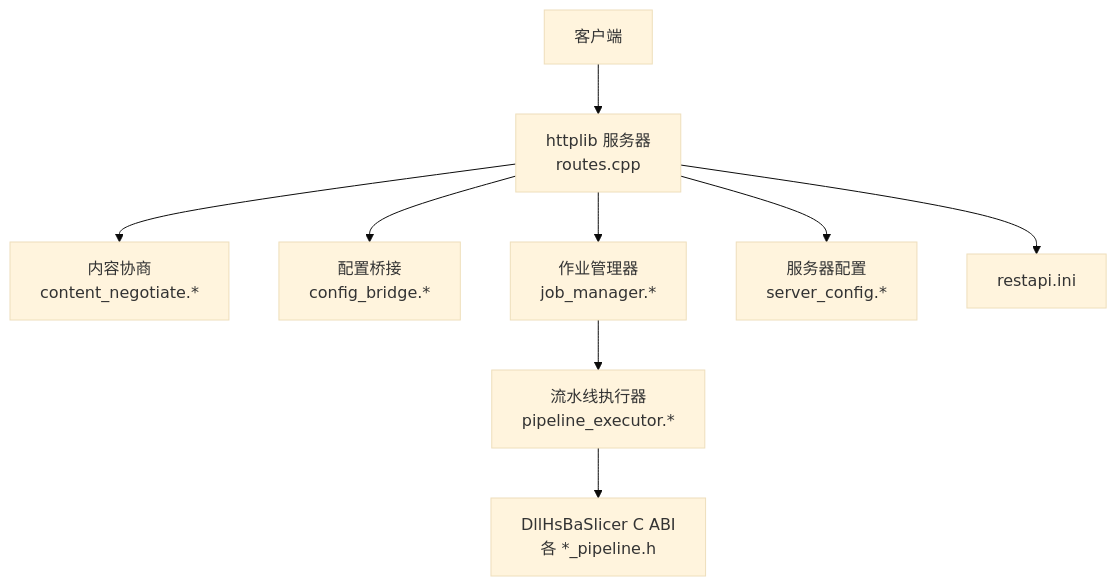
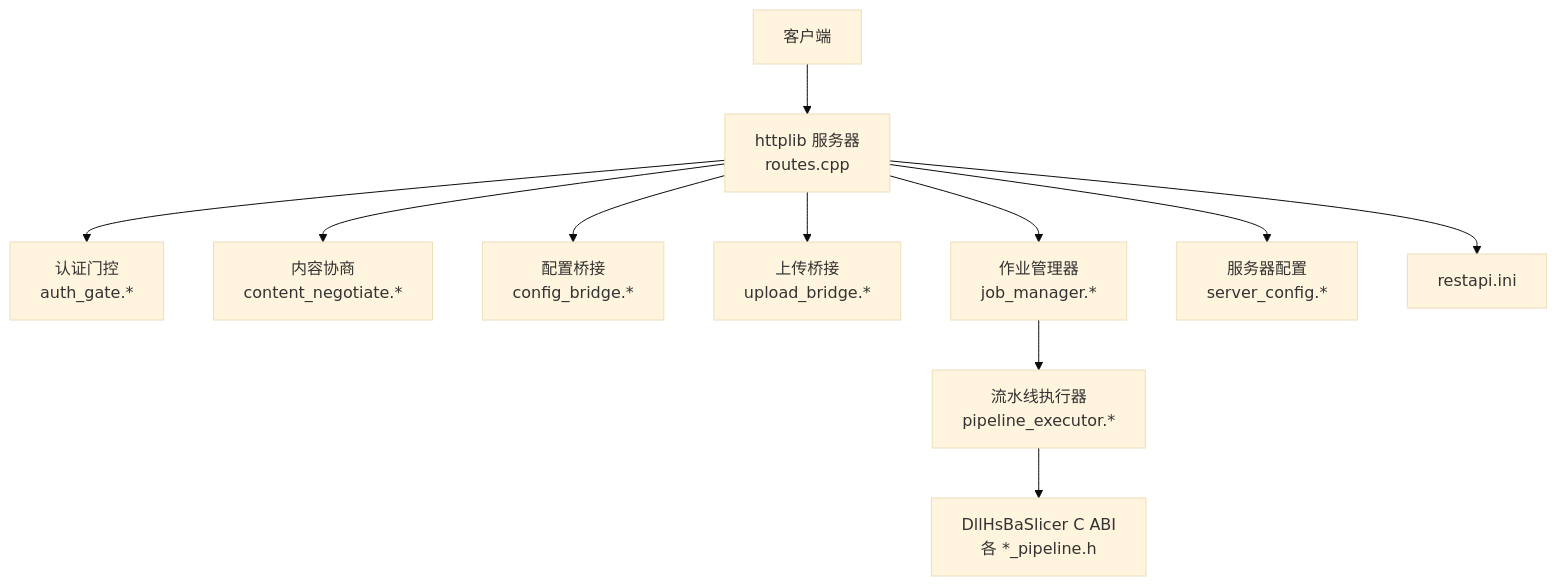
The second of 16 diagrams in .qoder/repowiki/zh/content/高级主题/REST API 服务进程.md (hsmbanlance/HsBaSlicer), drawn with Mermaid (base theme) before and after one commit. The commit also changed other lines of this file and 101 other files, not shown here.

````diff
--- a/.qoder/repowiki/zh/content/高级主题/REST API 服务进程.md
+++ b/.qoder/repowiki/zh/content/高级主题/REST API 服务进程.md
@@ -84,11 +95,13 @@
 ```mermaid
 graph TB
 Client["客户端"] --> Http["httplib 服务器<br/>routes.cpp"]
+Http --> AuthGate["认证门控<br/>auth_gate.*"]
 Http --> Negotiate["内容协商<br/>content_negotiate.*"]
 Http --> ConfigBridge["配置桥接<br/>config_bridge.*"]
+Http --> UploadBridge["上传桥接<br/>upload_bridge.*"]
 Http --> JobManager["作业管理器<br/>job_manager.*"]
 JobManager --> PipelineExec["流水线执行器<br/>pipeline_executor.*"]
 PipelineExec --> Dll["DllHsBaSlicer C ABI<br/>各 *_pipeline.h"]
 Http --> ServerCfg["服务器配置<br/>server_config.*"]
 Http --> Ini["restapi.ini"]
 ```
````
